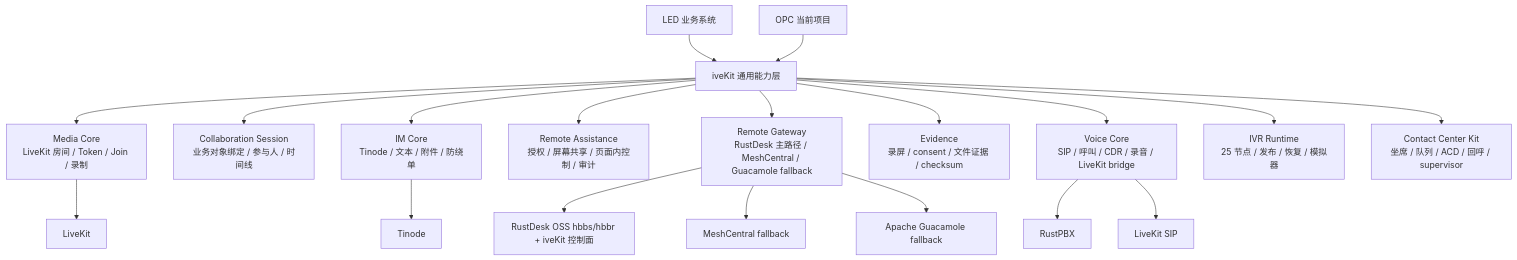
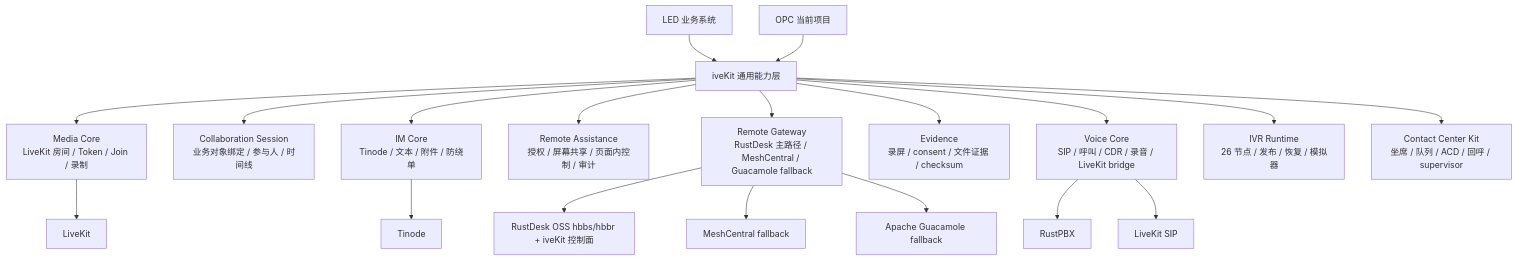
One commit to songgoldenwind-crypto/converact-platform changed the first of 2 diagrams in docs/iveKit视频IM通用能力详细设计.md. Above: the diagram before and after it, drawn with Mermaid. The commit also changed other lines of this file and 19 other files, not shown here.

````diff
--- a/docs/iveKit视频IM通用能力详细设计.md
+++ b/docs/iveKit视频IM通用能力详细设计.md
@@ -35,23 +35,23 @@
 ```mermaid
 flowchart TB
   LED["LED 业务系统"] --> IveKit["iveKit 通用能力层"]
   OPC["OPC 当前项目"] --> IveKit
 
   IveKit --> Media["Media Core\nLiveKit 房间 / Token / Join / 录制"]
   IveKit --> Collab["Collaboration Session\n业务对象绑定 / 参与人 / 时间线"]
   IveKit --> IM["IM Core\nTinode / 文本 / 附件 / 防绕单"]
   IveKit --> Remote["Remote Assistance\n授权 / 屏幕共享 / 页面内控制 / 审计"]
   IveKit --> Gateway["Remote Gateway\nRustDesk 主路径 / MeshCentral / Guacamole fallback"]
   IveKit --> Evidence["Evidence\n录屏 / consent / 文件证据 / checksum"]
   IveKit --> Voice["Voice Core\nSIP / 呼叫 / CDR / 录音 / LiveKit bridge"]
-  IveKit --> IVR["IVR Runtime\n25 节点 / 发布 / 恢复 / 模拟器"]
+  IveKit --> IVR["IVR Runtime\n26 节点 / 发布 / 恢复 / 模拟器"]
   IveKit --> CC["Contact Center Kit\n坐席 / 队列 / ACD / 回呼 / supervisor"]
 
   Media --> LiveKit["LiveKit"]
   IM --> Tinode["Tinode"]
   Gateway --> RustDesk["RustDesk OSS hbbs/hbbr + iveKit 控制面"]
   Gateway --> MeshCentral["MeshCentral fallback"]
   Gateway --> Guacamole["Apache Guacamole fallback"]
   Voice --> RustPBX["RustPBX"]
   Voice --> LiveKitSIP["LiveKit SIP"]
 ```
````
